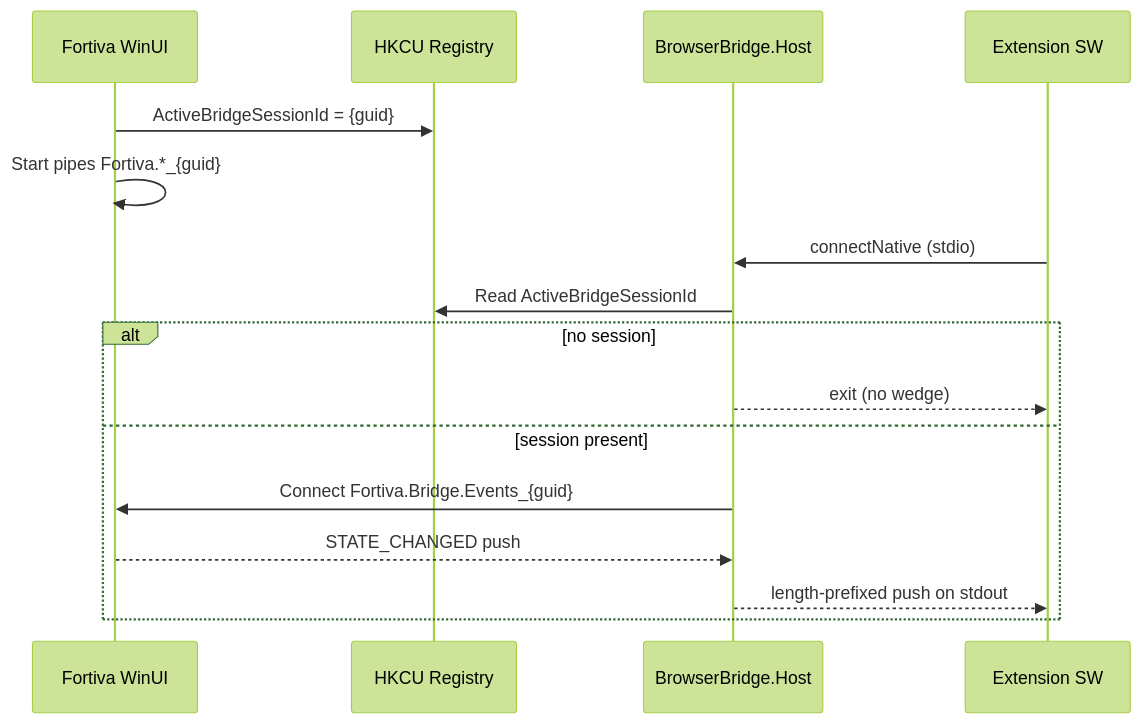
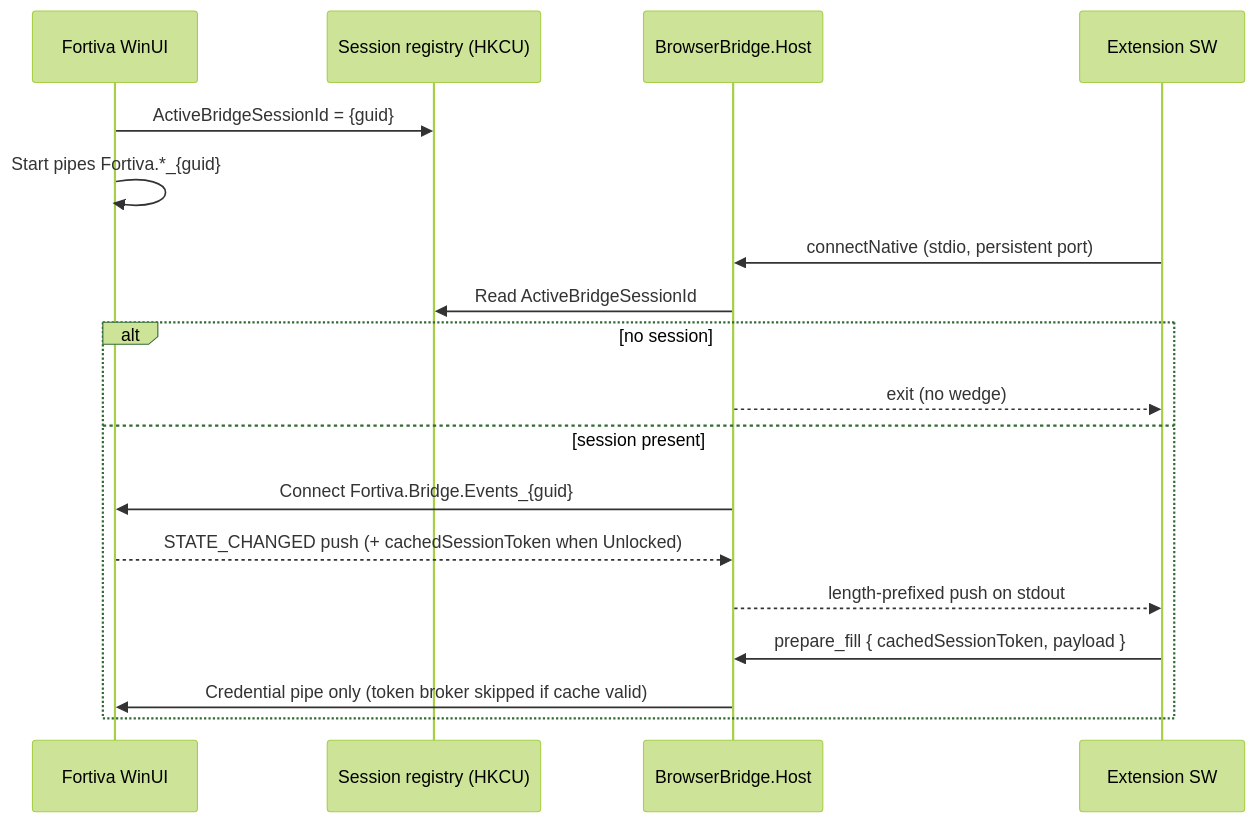
The second of 4 diagrams in docs/BRIDGE-ARCHITECTURE.md (ICITPROJ/Fortiva), drawn with Mermaid (forest theme) before and after one commit. The commit also changed other lines of this file and 11 other files, not shown here.

First line of the commit message:
Harden bridge per architectural review: schema version, adaptive detection, circuit breaker.

````diff
--- a/docs/BRIDGE-ARCHITECTURE.md
+++ b/docs/BRIDGE-ARCHITECTURE.md
@@ -87,19 +109,21 @@
 ```mermaid
 sequenceDiagram
     participant WinUI as Fortiva WinUI
-    participant Reg as HKCU Registry
+    participant Reg as Session registry (HKCU)
     participant Host as BrowserBridge.Host
     participant Ext as Extension SW
 
     WinUI->>Reg: ActiveBridgeSessionId = {guid}
     WinUI->>WinUI: Start pipes Fortiva.*_{guid}
-    Ext->>Host: connectNative (stdio)
+    Ext->>Host: connectNative (stdio, persistent port)
     Host->>Reg: Read ActiveBridgeSessionId
     alt no session
         Host-->>Ext: exit (no wedge)
     else session present
         Host->>WinUI: Connect Fortiva.Bridge.Events_{guid}
-        WinUI-->>Host: STATE_CHANGED push
+        WinUI-->>Host: STATE_CHANGED push (+ cachedSessionToken when Unlocked)
         Host-->>Ext: length-prefixed push on stdout
+        Ext->>Host: prepare_fill { cachedSessionToken, payload }
+        Host->>WinUI: Credential pipe only (token broker skipped if cache valid)
     end
 ```
````
